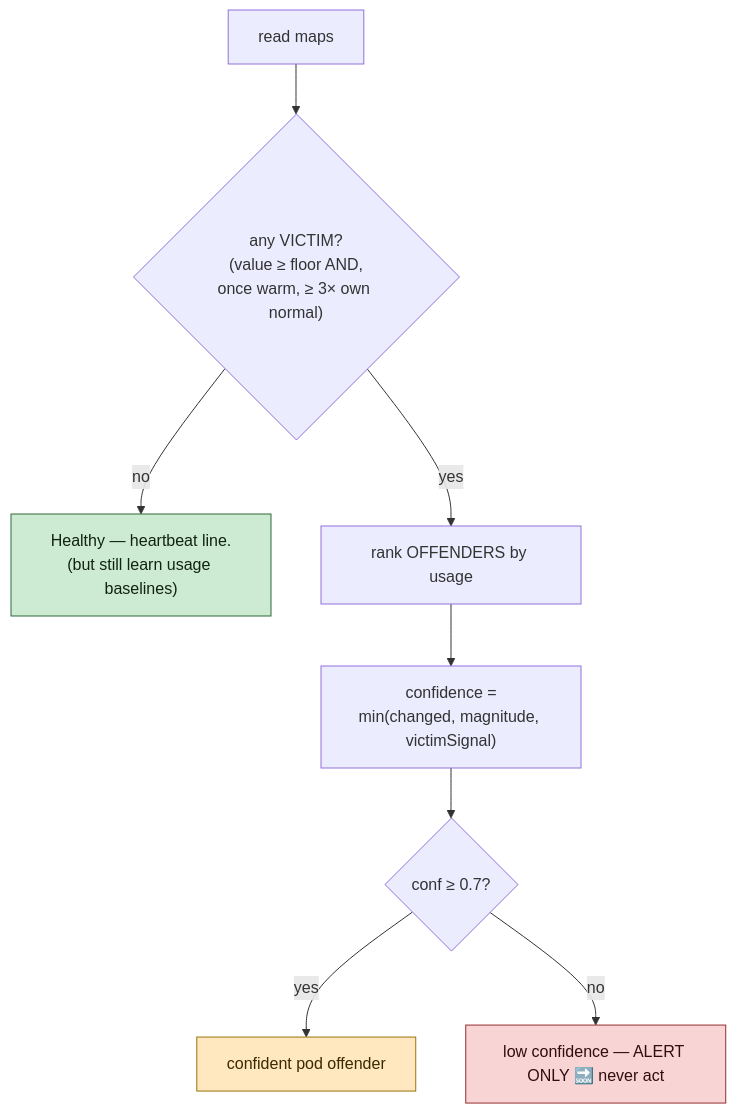
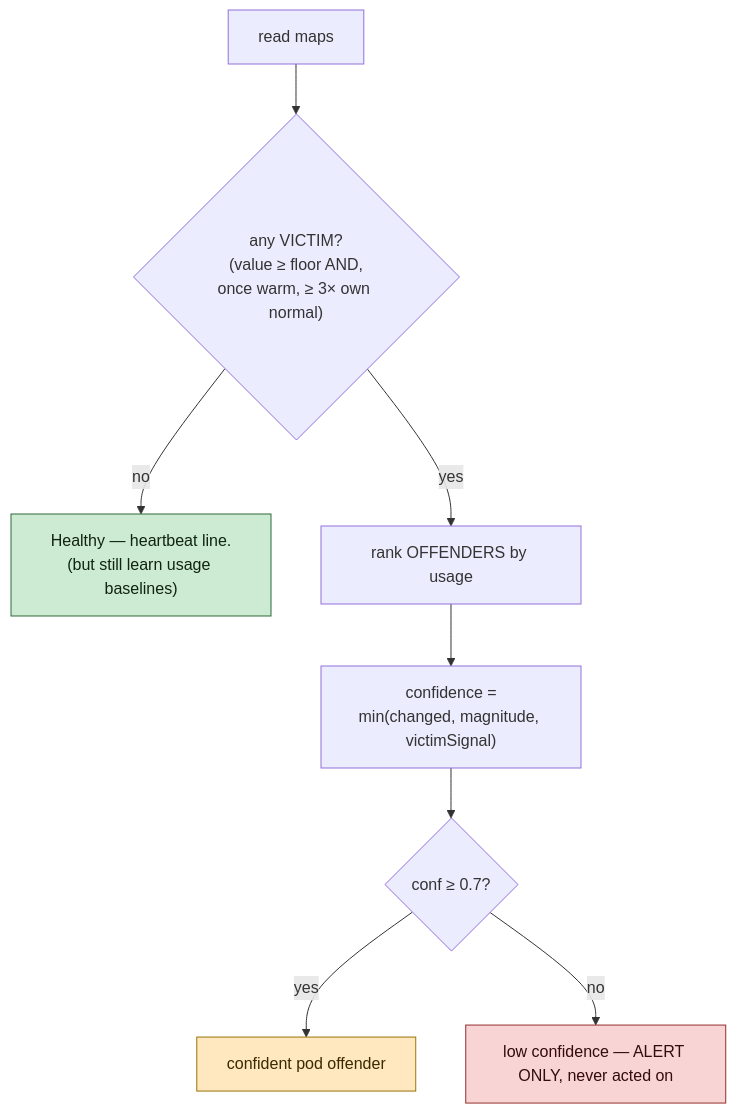
The sixth of 13 diagrams in docs/DEEPDIVE.md (codecrafted007/node-sentinel), drawn with Mermaid before and after one commit. The commit also changed other lines of this file, not shown here.

````diff
--- a/docs/DEEPDIVE.md
+++ b/docs/DEEPDIVE.md
@@ -709,13 +731,13 @@
 ```mermaid
 flowchart TB
     start["read maps"] --> victims{"any VICTIM?<br/>(value ≥ floor AND,<br/>once warm, ≥ 3× own normal)"}
     victims -->|no| healthy["Healthy — heartbeat line.<br/>(but still learn usage baselines)"]
     victims -->|yes| off["rank OFFENDERS by usage"]
     off --> conf["confidence =<br/>min(changed, magnitude, victimSignal)"]
     conf --> gate{"conf ≥ 0.7?"}
     gate -->|yes| named["confident pod offender"]
-    gate -->|no| alert["low confidence — ALERT ONLY 🔜 never act"]
+    gate -->|no| alert["low confidence — ALERT ONLY, never acted on"]
     style healthy fill:#cdebd3,stroke:#2f6b38,color:#10240f
     style named fill:#ffe7bf,stroke:#9c7209,color:#3a2a00
     style alert fill:#f8d4d4,stroke:#962f2f,color:#330d0d
 ```
````
